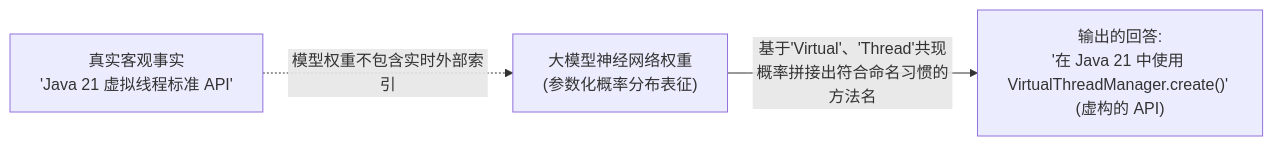
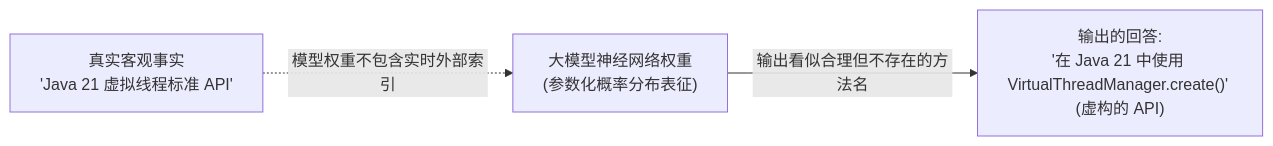
One commit to GuoWWWX/knowledge-base changed the third of 3 diagrams in 10-AI应用开发/01-LLM基础与Prompt/01-LLM工作原理.md. Above: the diagram before and after it, drawn with Mermaid. The commit also changed other lines of this file and 368 other files, not shown here.

````diff
--- a/10-AI应用开发/01-LLM基础与Prompt/01-LLM工作原理.md
+++ b/10-AI应用开发/01-LLM基础与Prompt/01-LLM工作原理.md
@@ -80,9 +82,9 @@
 ```mermaid
 flowchart LR
     Fact["真实客观事实\n'Java 21 虚拟线程标准 API'"]
     ModelBrain["大模型神经网络权重\n(参数化概率分布表征)"]
     TextOut["输出的回答:\n'在 Java 21 中使用 VirtualThreadManager.create()' (虚构的 API)"]
 
     Fact -.->|"模型权重不包含实时外部索引"| ModelBrain
-    ModelBrain -->|"基于'Virtual'、'Thread'共现概率拼接出符合命名习惯的方法名"| TextOut
+    ModelBrain -->|"输出看似合理但不存在的方法名"| TextOut
 ```
````
